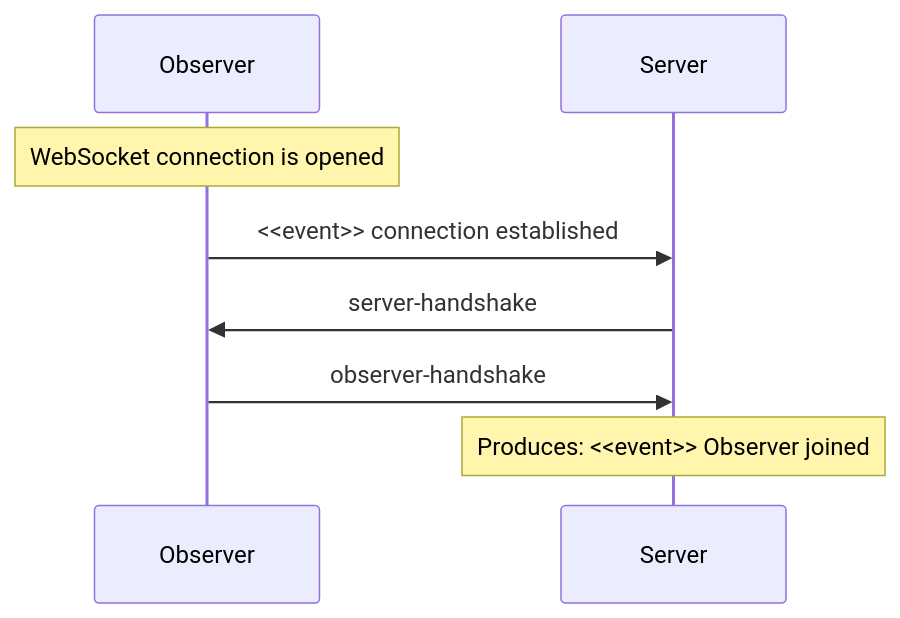
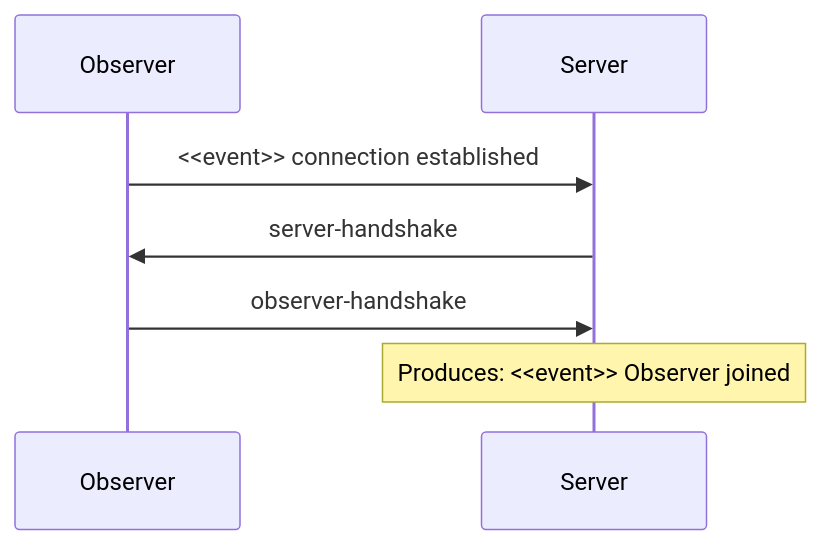
One commit to robocode-dev/tank-royale changed the third of 11 diagrams in schema/schemas/README.md. Above: the diagram before and after it, drawn with Mermaid. The commit also changed other lines of this file, not shown here.

Commit message:
Updated README.md for schemas.

````diff
--- a/schema/schemas/README.md
+++ b/schema/schemas/README.md
@@ -36,8 +54,7 @@
 ```mermaid
 sequenceDiagram
-    Note over Observer: WebSocket connection is opened
     Observer->>Server: <<event>> connection established
     Server->>Observer: server-handshake
     Observer->>Server: observer-handshake
     Note over Server: Produces: <<event>> Observer joined
 ```
````
